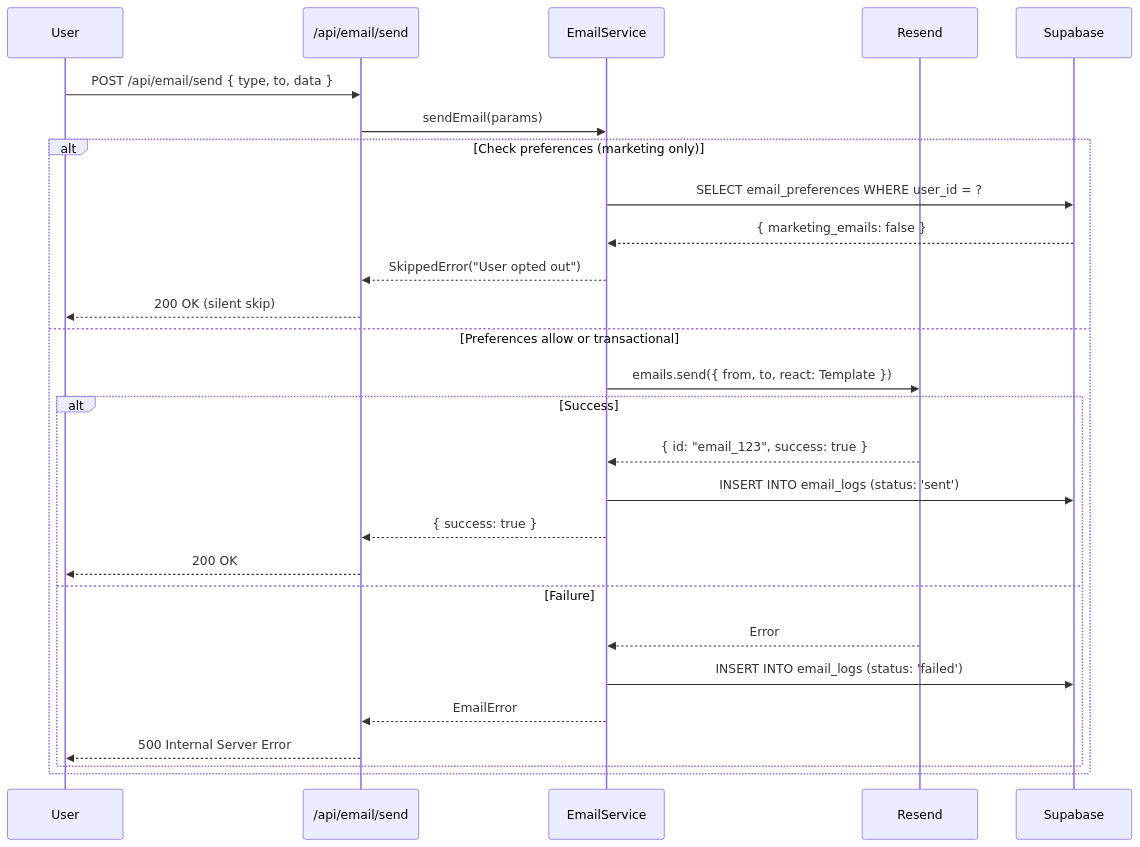
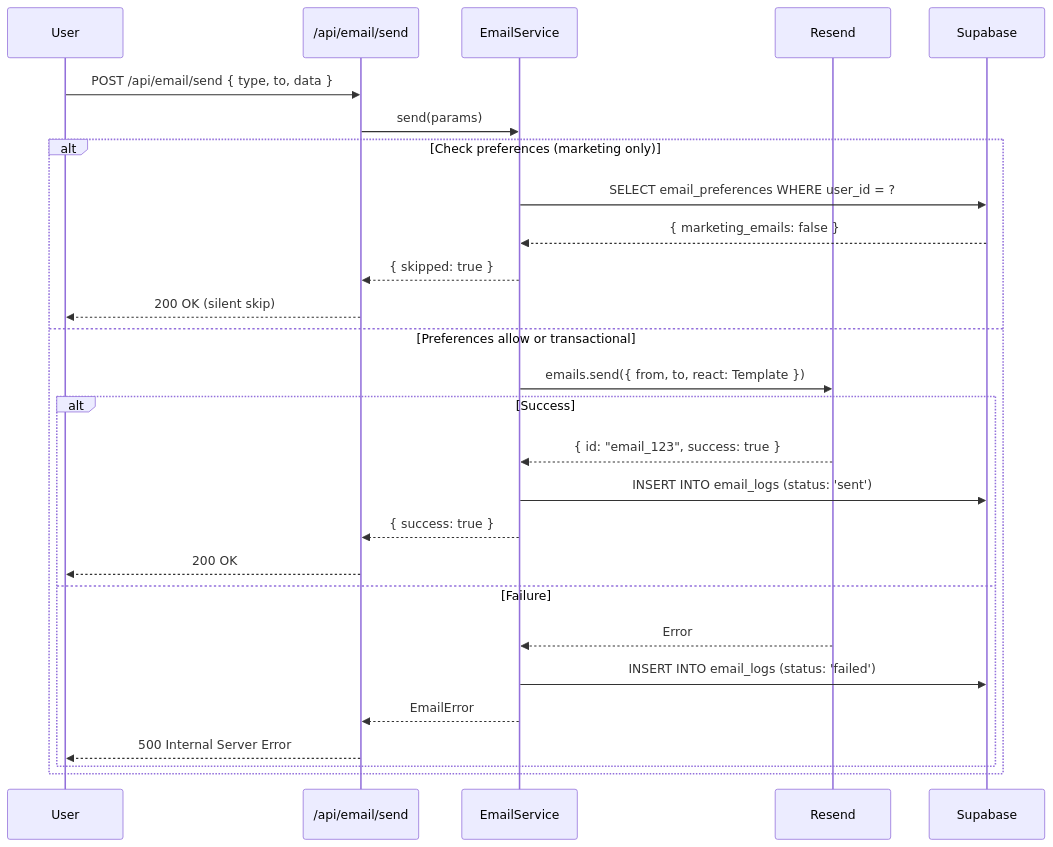
Before and after one commit to jonit-dev/pixelperfect: the third of 3 diagrams in docs/PRDs/email-notifications-prd.md, drawn with Mermaid. The commit also changed other lines of this file and 53 other files, not shown here.

````diff
--- a/docs/PRDs/email-notifications-prd.md
+++ b/docs/PRDs/email-notifications-prd.md
@@ -134,32 +135,32 @@
 ```mermaid
 sequenceDiagram
     participant User
     participant API as /api/email/send
     participant Service as EmailService
     participant Resend
     participant DB as Supabase
 
     User->>API: POST /api/email/send { type, to, data }
-    API->>Service: sendEmail(params)
+    API->>Service: send(params)
 
     alt Check preferences (marketing only)
         Service->>DB: SELECT email_preferences WHERE user_id = ?
         DB-->>Service: { marketing_emails: false }
-        Service-->>API: SkippedError("User opted out")
+        Service-->>API: { skipped: true }
         API-->>User: 200 OK (silent skip)
     else Preferences allow or transactional
         Service->>Resend: emails.send({ from, to, react: Template })
 
         alt Success
             Resend-->>Service: { id: "email_123", success: true }
             Service->>DB: INSERT INTO email_logs (status: 'sent')
             Service-->>API: { success: true }
             API-->>User: 200 OK
         else Failure
             Resend-->>Service: Error
             Service->>DB: INSERT INTO email_logs (status: 'failed')
             Service-->>API: EmailError
             API-->>User: 500 Internal Server Error
         end
     end
 ```
````
